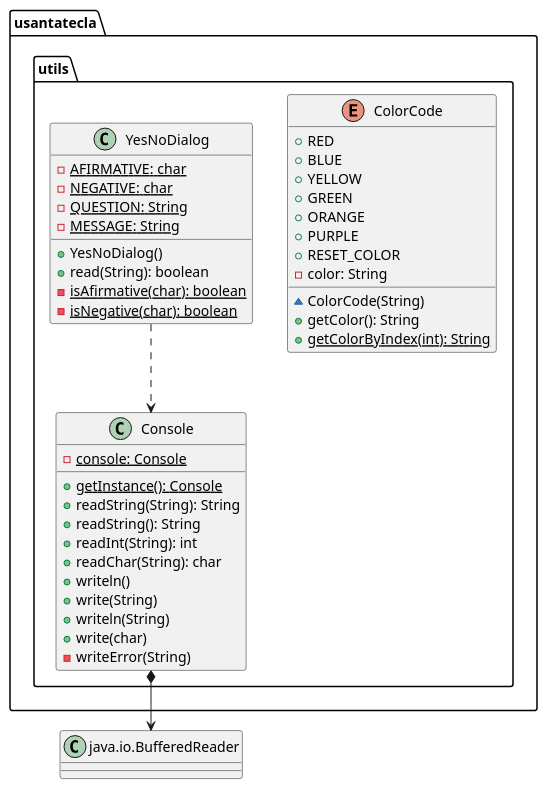
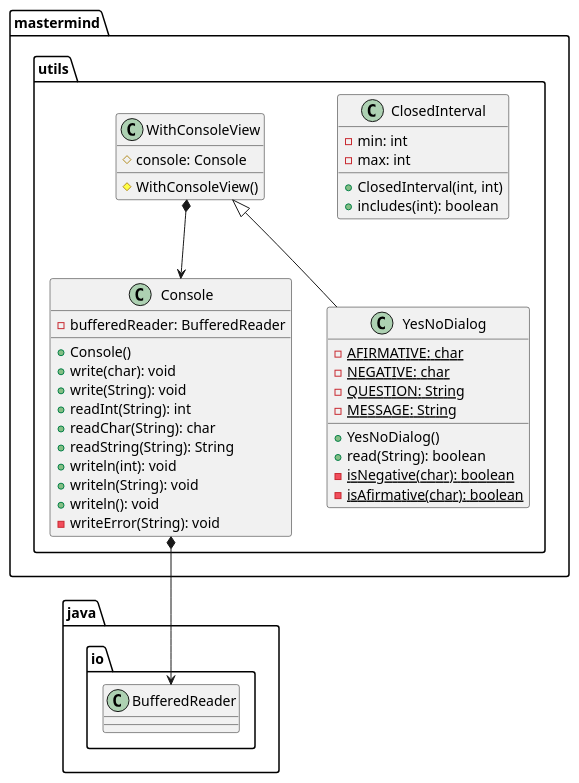
The sixth of 6 diagrams in modelViewPresenter/presentationModel/withFacade/docs/diagrams/src/paquetes.plantuml (SantaTecla-mastermind/solution.java.swing.socket.sql), drawn with PlantUML before and after one commit. The commit also changed other lines of this file and 12 other files, not shown here.

Commit message:
Diagrams updated MVP Facade

```diff
--- a/modelViewPresenter/presentationModel/withFacade/docs/diagrams/src/paquetes.plantuml
+++ b/modelViewPresenter/presentationModel/withFacade/docs/diagrams/src/paquetes.plantuml
@@ -148,45 +268,42 @@
 @startuml usantatecla.utils
 
-class BufferedReader as "java.io.BufferedReader"{}
-
-enum usantatecla.utils.ColorCode{
-+ RED
-+ BLUE
-+ YELLOW
-+ GREEN
-+ ORANGE
-+ PURPLE
-+ RESET_COLOR
-- color: String
-~ ColorCode(String)
-+ getColor(): String
-+ {static} getColorByIndex(int): String
+class  mastermind.utils.ClosedInterval{
+- min: int
+- max: int
++ ClosedInterval(int, int)
++ includes(int): boolean
 }
 
-class usantatecla.utils.Console{
-- {static} console: Console
-+ {static} getInstance(): Console
-+ readString(String): String
-+ readString(): String
+class  mastermind.utils.Console{
+- bufferedReader: BufferedReader
++ Console()
++ write(char): void
++ write(String): void
 + readInt(String): int
 + readChar(String): char
-+ writeln()
-+ write(String)
-+ writeln(String)
-+ write(char)
-- writeError(String)
++ readString(String): String
++ writeln(int): void
++ writeln(String): void
++ writeln(): void
+- writeError(String): void
 }
-usantatecla.utils.Console *-down-> BufferedReader
+mastermind.utils.Console *-down-> java.io.BufferedReader
 
-class  usantatecla.utils.YesNoDialog{
+class  mastermind.utils.WithConsoleView{
+# console: Console
+# WithConsoleView()
+}
+mastermind.utils.WithConsoleView *-down-> mastermind.utils.Console
+
+class  mastermind.utils.YesNoDialog{
 - {static} AFIRMATIVE: char
 - {static} NEGATIVE: char
 - {static} QUESTION: String
 - {static} MESSAGE: String
 + YesNoDialog()
 + read(String): boolean
+- {static} isNegative(char): boolean
 - {static} isAfirmative(char): boolean
-- {static} isNegative(char): boolean
 }
-usantatecla.utils.YesNoDialog ..> usantatecla.utils.Console
+mastermind.utils.WithConsoleView <|-down- mastermind.utils.YesNoDialog
 @enduml
```
